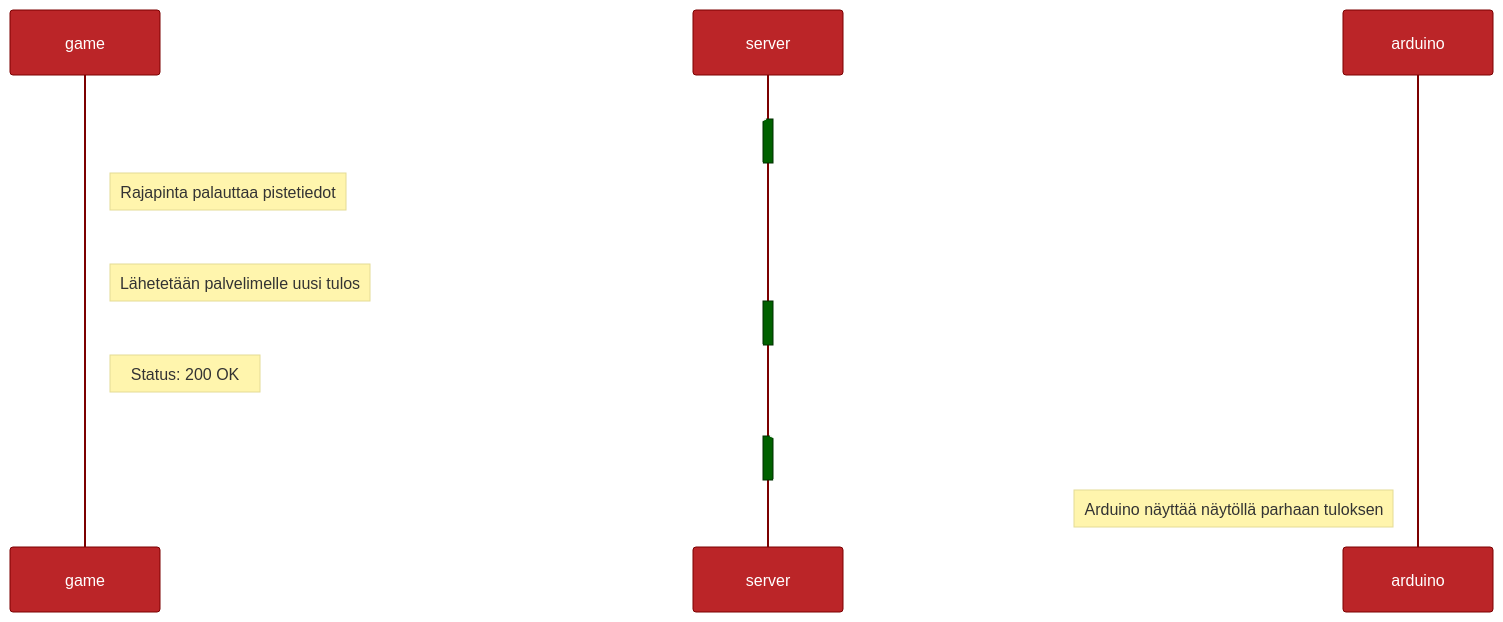
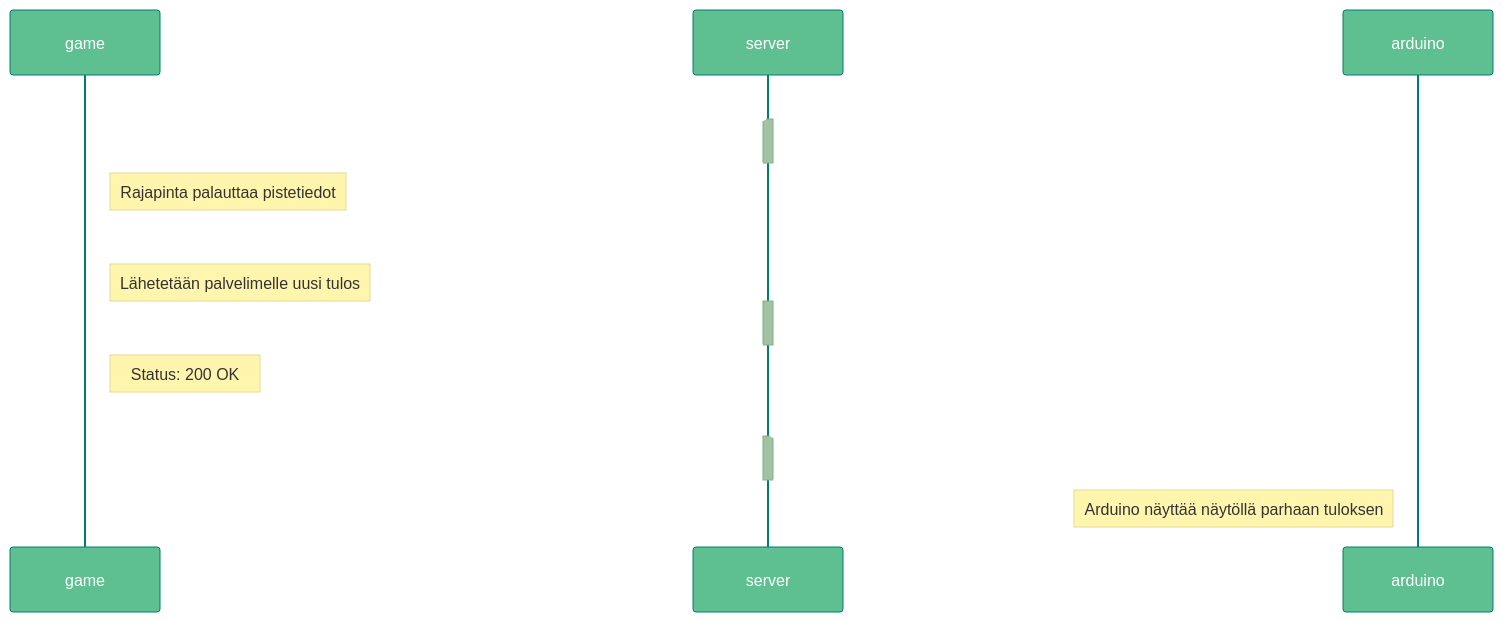
One commit to ViLP357/CarGameScripts changed the diagram in data.md. Above: the diagram before and after it, drawn with Mermaid.

Commit message:
väriteema

````diff
--- a/data.md
+++ b/data.md
@@ -1,42 +1,42 @@
 ```mermaid
 
 %%{
   init: {
     'theme': 'base',
     'themeVariables': {
-      'primaryColor': '#BB2528',
+      'primaryColor': '#5ebf90',
       'primaryTextColor': '#fff',
-      'primaryBorderColor': '#7C0000',
-      'lineColor': '#F8B229',
-      'secondaryColor': '#006100',
+      'primaryBorderColor': '#007c70',
+      'lineColor': '#29b6f8',
+      'secondaryColor': '#a3c2a3',
       'tertiaryColor': '#fff'
     }
   }
 }%%
 
 sequenceDiagram
  participant game
  participant server
  participant arduino
 
  game->>server: GET https://api/scores
  activate server
  server-->> game: Status: 200 OK, Json-Data: {"scores": [{"username": "Testipelaaja​","time": 197...}]}
  deactivate server
  Note right of game: Rajapinta palauttaa pistetiedot
 
  game->>server: POST https://api/scores, Json-Data: {"username": "Testipelaaja​","time": 197}
  Note right of game: Lähetetään palvelimelle uusi tulos
  activate server
  server-->> game: Status: 200 OK,  Json-Data: {"username": "Testipelaaja​","time": 197, "date": Mon May..}
  deactivate server
  Note right of game: Status: 200 OK
 
  arduino->>server: GET https://api/scores
  activate server
  server-->> arduino: Status: 200 OK, Json-Data: {"scores": [{"username": "Testipelaaja​","time": 197...}]}
  deactivate server
  Note left of arduino: Arduino näyttää näytöllä parhaan tuloksen
 
   
 ```
````
